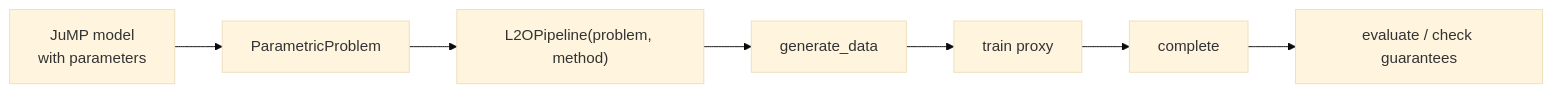
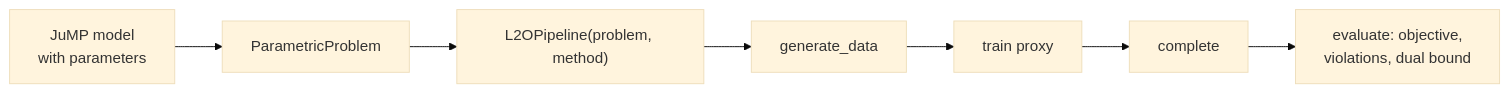
Before and after one commit to LearningToOptimize/LearningToOptimize.jl: the diagram in README.md, drawn with Mermaid (base theme). The commit also changed other lines of this file and 1 other file, not shown here.

````diff
--- a/README.md
+++ b/README.md
@@ -24,9 +23,9 @@
 ```mermaid
 flowchart LR
     M["JuMP model<br/>with parameters"] --> PP["ParametricProblem"]
     PP --> PIPE["L2OPipeline(problem, method)"]
     PIPE --> D["generate_data"]
     D --> T["train proxy"]
     T --> C["complete"]
-    C --> E["evaluate / check guarantees"]
+    C --> E["evaluate: objective,<br/>violations, dual bound"]
 ```
````
